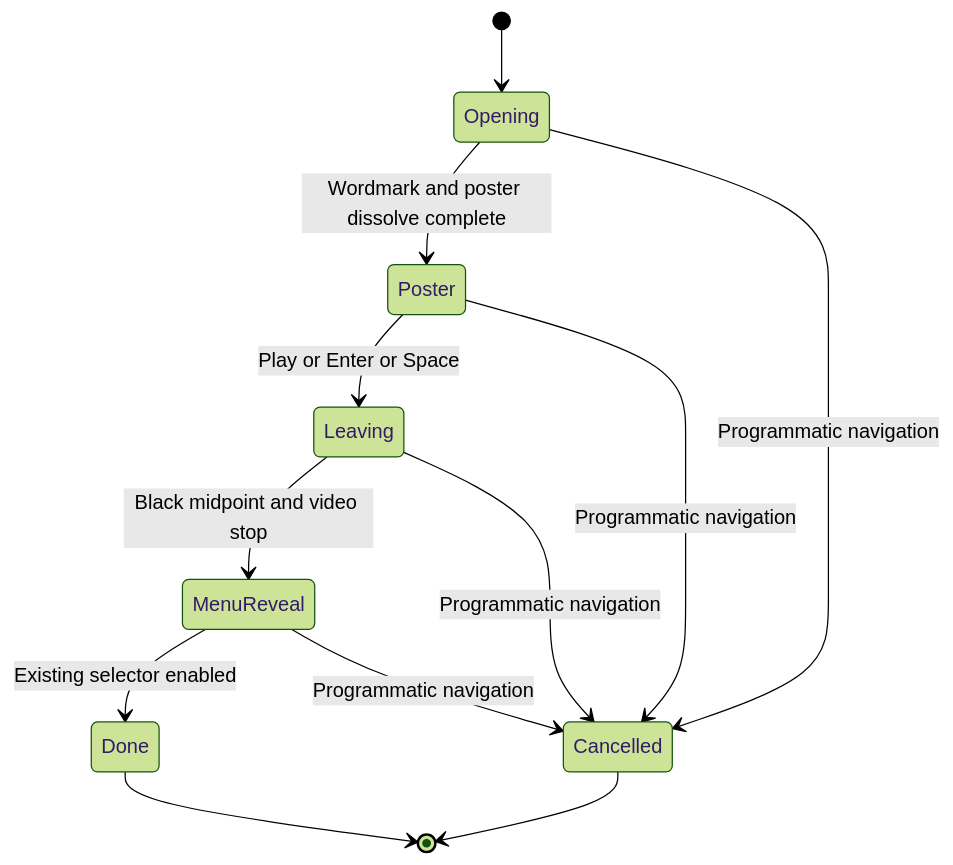
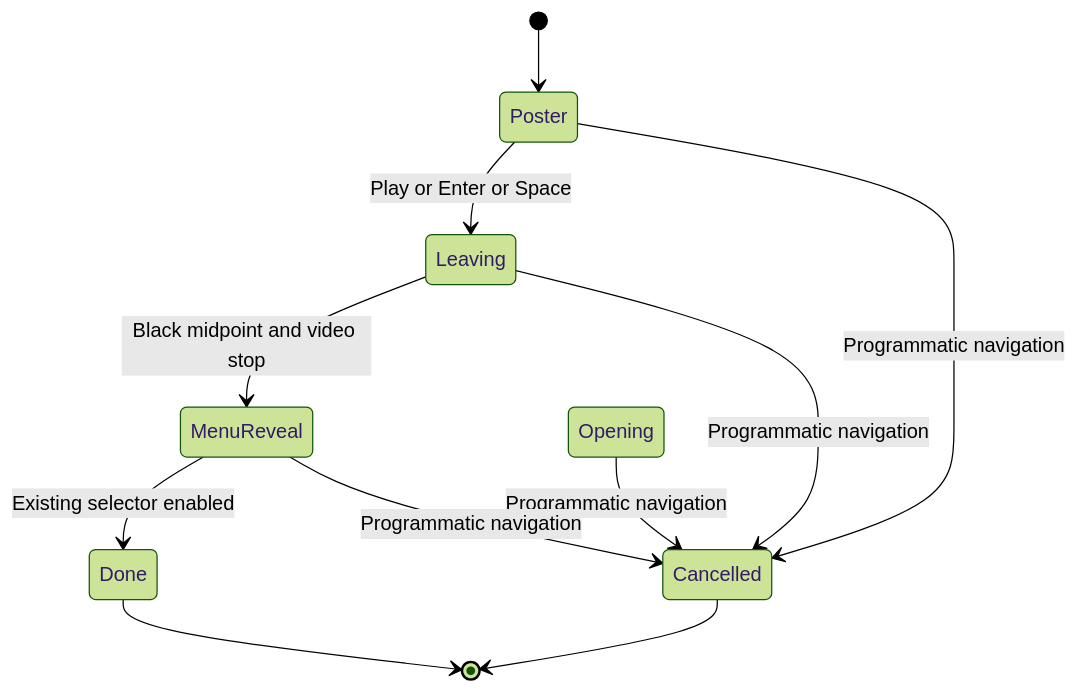
The diagram in docs/startup-poster.md (zelenski3398/codexproj1), drawn with Mermaid (forest theme) before and after one commit. The commit also changed other lines of this file and 4 other files, not shown here.

````diff
--- a/docs/startup-poster.md
+++ b/docs/startup-poster.md
@@ -13,14 +13,13 @@
 ```mermaid
 stateDiagram-v2
-    [*] --> Opening
-    Opening --> Poster: Wordmark and poster dissolve complete
+    [*] --> Poster
     Poster --> Leaving: Play or Enter or Space
     Leaving --> MenuReveal: Black midpoint and video stop
     MenuReveal --> Done: Existing selector enabled
     Opening --> Cancelled: Programmatic navigation
     Poster --> Cancelled: Programmatic navigation
     Leaving --> Cancelled: Programmatic navigation
     MenuReveal --> Cancelled: Programmatic navigation
     Done --> [*]
     Cancelled --> [*]
 ```
````
